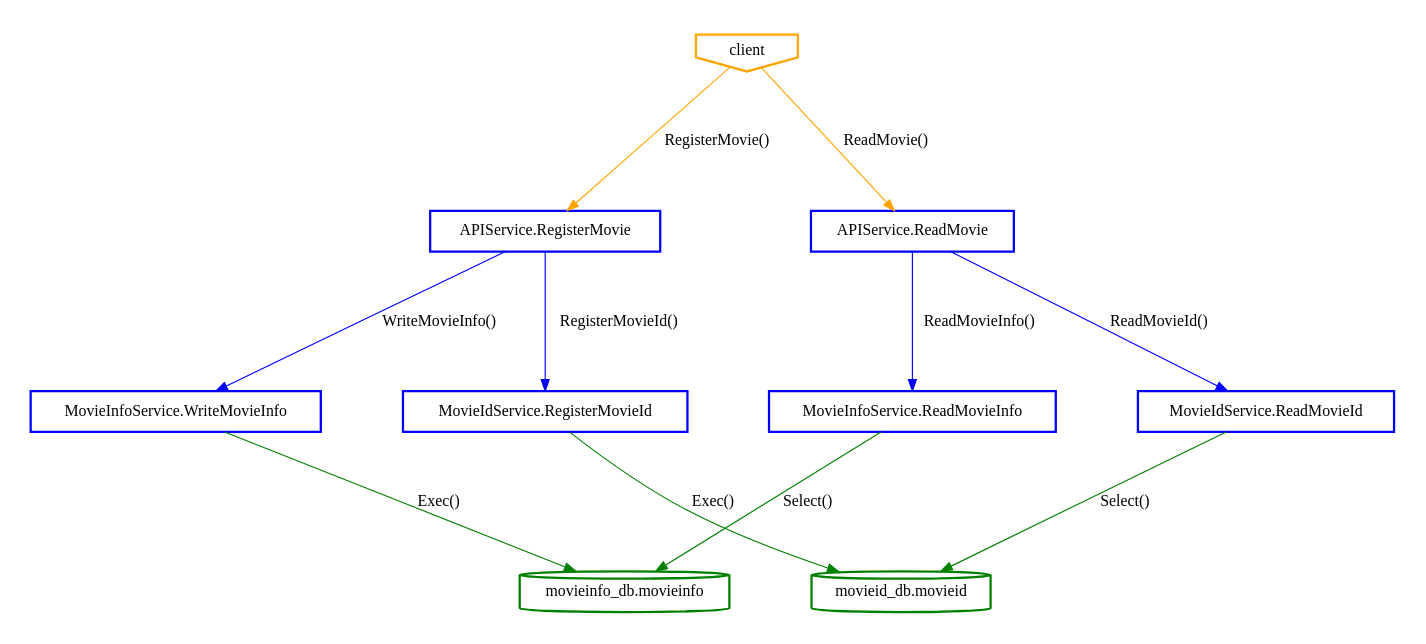
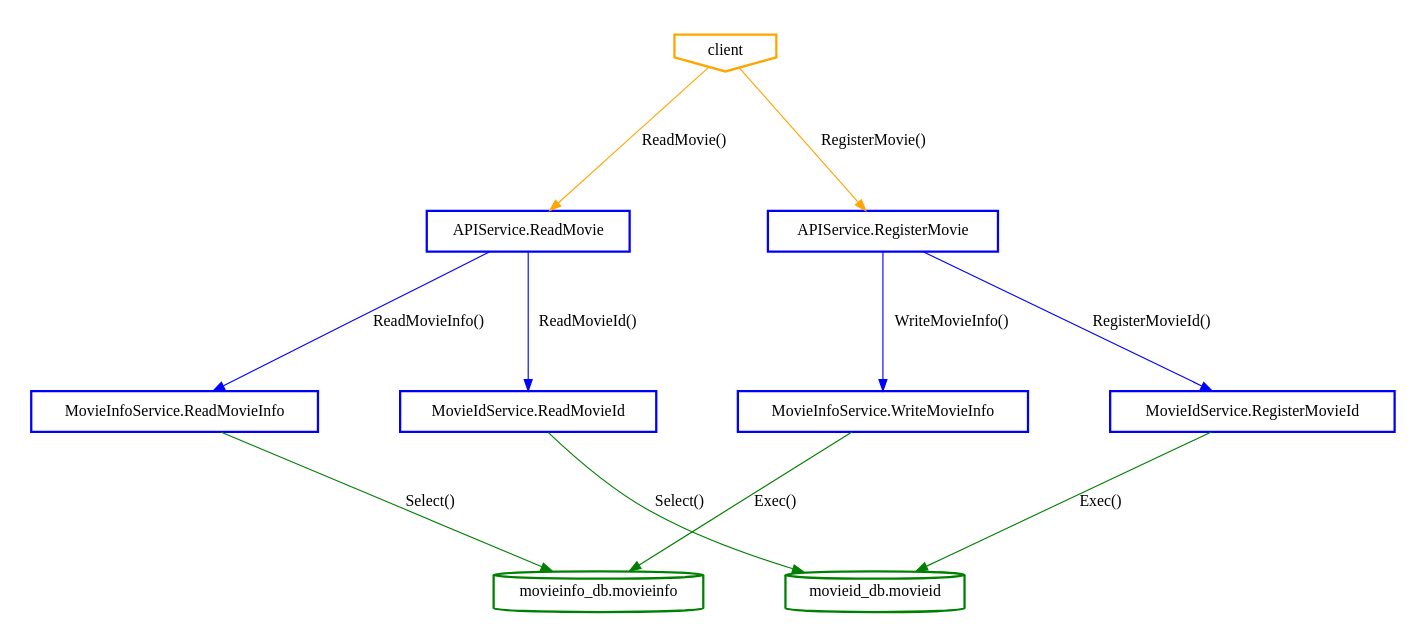
One commit to aletheia-microservices/aletheia changed the diagram in ssa_analysis/analyzer/output/dsb_media_sql/abstractcallgraph.dot. Above: the diagram before and after it, drawn with Graphviz. The commit also changed other lines of this file and 54 other files, not shown here.

```diff
--- a/ssa_analysis/analyzer/output/dsb_media_sql/abstractcallgraph.dot
+++ b/ssa_analysis/analyzer/output/dsb_media_sql/abstractcallgraph.dot
@@ -1,33 +1,33 @@
 digraph G {
 	rankdir=TD;
 	ranksep=1.5;
 	nodesep=1;
 	subgraph cluster_clients {
 		style=invis;
 		N_client [label="client", style=bold, shape=invhouse, color="orange"];
 	}
 	subgraph cluster_services {
 		style=invis;
+		N_MovieIdService_RegisterMovieId [label="MovieIdService.RegisterMovieId", style=bold, shape=box, color="blue"];
+		N_APIService_ReadMovie [label="APIService.ReadMovie", style=bold, shape=box, color="blue"];
+		N_MovieInfoService_ReadMovieInfo [label="MovieInfoService.ReadMovieInfo", style=bold, shape=box, color="blue"];
 		N_MovieInfoService_WriteMovieInfo [label="MovieInfoService.WriteMovieInfo", style=bold, shape=box, color="blue"];
 		N_MovieIdService_ReadMovieId [label="MovieIdService.ReadMovieId", style=bold, shape=box, color="blue"];
-		N_MovieInfoService_ReadMovieInfo [label="MovieInfoService.ReadMovieInfo", style=bold, shape=box, color="blue"];
 		N_APIService_RegisterMovie [label="APIService.RegisterMovie", style=bold, shape=box, color="blue"];
-		N_MovieIdService_RegisterMovieId [label="MovieIdService.RegisterMovieId", style=bold, shape=box, color="blue"];
-		N_APIService_ReadMovie [label="APIService.ReadMovie", style=bold, shape=box, color="blue"];
 	}
 	subgraph cluster_databases {
 		style=invis;
 		N_movieid_db_movieid [label="movieid_db.movieid", style=bold, shape=cylinder, color="green"];
 		N_movieinfo_db_movieinfo [label="movieinfo_db.movieinfo", style=bold, shape=cylinder, color="green"];
 	}
 	N_client -> N_APIService_RegisterMovie [label="RegisterMovie()", color=orange];
 	N_APIService_RegisterMovie -> N_MovieIdService_RegisterMovieId [label="RegisterMovieId()", color=blue];
 	N_APIService_RegisterMovie -> N_MovieInfoService_WriteMovieInfo [label="WriteMovieInfo()", color=blue];
 	N_MovieIdService_RegisterMovieId -> N_movieid_db_movieid [label="Exec()", color=green];
 	N_MovieInfoService_WriteMovieInfo -> N_movieinfo_db_movieinfo [label="Exec()", color=green];
 	N_client -> N_APIService_ReadMovie [label="ReadMovie()", color=orange];
 	N_APIService_ReadMovie -> N_MovieIdService_ReadMovieId [label="ReadMovieId()", color=blue];
 	N_APIService_ReadMovie -> N_MovieInfoService_ReadMovieInfo [label="ReadMovieInfo()", color=blue];
 	N_MovieIdService_ReadMovieId -> N_movieid_db_movieid [label="Select()", color=green];
 	N_MovieInfoService_ReadMovieInfo -> N_movieinfo_db_movieinfo [label="Select()", color=green];
 }
```
